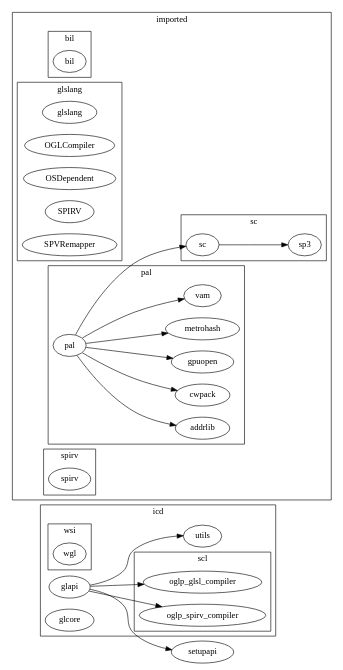
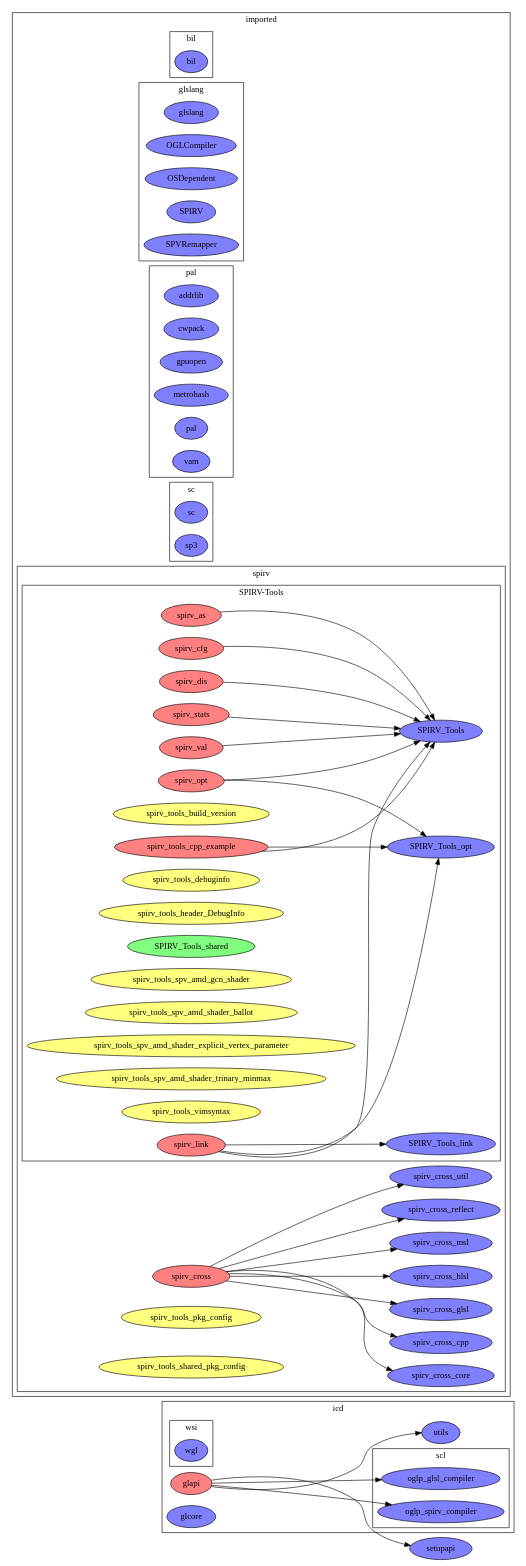
One commit to Jason2013/sphinx_study changed the diagram in oglp/proj_depends.gv. Above: the diagram before and after it, drawn with Graphviz. The commit also changed 1 other file, not shown here.

```diff
--- a/oglp/proj_depends.gv
+++ b/oglp/proj_depends.gv
@@ -1,63 +1,134 @@
 digraph {
     rankdir="LR";
+    node [style="filled",fillcolor="#8080FF"];
     subgraph cluster_icd {
         label="icd";
         subgraph cluster_scl {
             label="scl";
             oglp_glsl_compiler;
             oglp_spirv_compiler;
         }
         subgraph cluster_wsi {
             label="wsi";
             wgl;
         }
-        glapi;
+        glapi [fillcolor="#FF8080"];
         glcore;
         utils;
     }
     subgraph cluster_imported {
         label="imported";
         subgraph cluster_bil {
             label="bil";
             bil;
         }
         subgraph cluster_glslang {
             label="glslang";
             glslang;
             OGLCompiler;
             OSDependent;
             SPIRV;
             SPVRemapper;
         }
         subgraph cluster_pal {
             label="pal";
             addrlib;
             cwpack;
             gpuopen;
             metrohash;
             pal;
             vam;
         }
         subgraph cluster_sc {
             label="sc";
             sc;
             sp3;
         }
         subgraph cluster_spirv {
             label="spirv";
-            spirv;
+            subgraph cluster_SPIRV_Tools {
+                label="SPIRV-Tools";
+                node [fillcolor="#FF8080"]; /* Application */
+                spirv_as;
+                spirv_cfg;
+                spirv_dis;
+                spirv_link;
+                spirv_opt;
+                spirv_stats;
+                node [fillcolor="#8080FF"]; /* Static Library */
+                SPIRV_Tools;
+                node [fillcolor="#FFFF80"]; /* Utility*/
+                spirv_tools_build_version;
+                node [fillcolor="#FF8080"]; /* Application */
+                spirv_tools_cpp_example;
+                node [fillcolor="#FFFF80"]; /* Utility*/
+                spirv_tools_debuginfo;
+                spirv_tools_header_DebugInfo;
+                node [fillcolor="#8080FF"]; /* Static Library */
+                SPIRV_Tools_link;
+                SPIRV_Tools_opt;
+                node [fillcolor="#80FF80"]; /* Dynamic Library */
+                SPIRV_Tools_shared;
+                node [fillcolor="#FFFF80"]; /* Utility*/
+                spirv_tools_spv_amd_gcn_shader;
+                spirv_tools_spv_amd_shader_ballot;
+                spirv_tools_spv_amd_shader_explicit_vertex_parameter;
+                spirv_tools_spv_amd_shader_trinary_minmax;
+                spirv_tools_vimsyntax;
+                node [fillcolor="#FF8080"]; /* Application */
+                spirv_val;
+
+                spirv_as -> SPIRV_Tools;
+                spirv_cfg -> SPIRV_Tools;
+                spirv_dis -> SPIRV_Tools;
+
+                spirv_link -> SPIRV_Tools;
+                spirv_link -> SPIRV_Tools_link;
+                spirv_link -> SPIRV_Tools_opt;
+
+                spirv_opt -> SPIRV_Tools;
+                spirv_opt -> SPIRV_Tools_opt;
+
+                spirv_stats -> SPIRV_Tools;
+
+                spirv_tools_cpp_example -> SPIRV_Tools;
+                spirv_tools_cpp_example -> SPIRV_Tools_opt;
+
+                spirv_val -> SPIRV_Tools;
+            }
+            node [fillcolor="#FF8080"]; /* Application */
+            spirv_cross;
+            node [fillcolor="#8080FF"]; /* Static Library */
+            spirv_cross_core;
+            spirv_cross_cpp;
+            spirv_cross_glsl;
+            spirv_cross_hlsl;
+            spirv_cross_msl;
+            spirv_cross_reflect;
+            spirv_cross_util;
+            node [fillcolor="#FFFF80"]; /* Utility*/
+            spirv_tools_pkg_config;
+            spirv_tools_shared_pkg_config;
+
+            spirv_cross -> spirv_cross_glsl;
+            spirv_cross -> spirv_cross_hlsl;
+            spirv_cross -> spirv_cross_cpp;
+            spirv_cross -> spirv_cross_reflect;
+            spirv_cross -> spirv_cross_msl;
+            spirv_cross -> spirv_cross_util;
+            spirv_cross -> spirv_cross_core;
         }
     }
-    sc -> sp3;
-    pal -> addrlib;
-    pal -> cwpack;
-    pal -> gpuopen;
-    pal -> metrohash;
-    pal -> vam;
-    pal -> sc;
+    /* sc -> sp3; */
+    /* pal -> addrlib; */
+    /* pal -> cwpack; */
+    /* pal -> gpuopen; */
+    /* pal -> metrohash; */
+    /* pal -> vam; */
+    /* pal -> sc; */
 
     glapi -> utils;
     glapi -> oglp_spirv_compiler;
     glapi -> oglp_glsl_compiler;
     glapi -> setupapi;
 }
```
